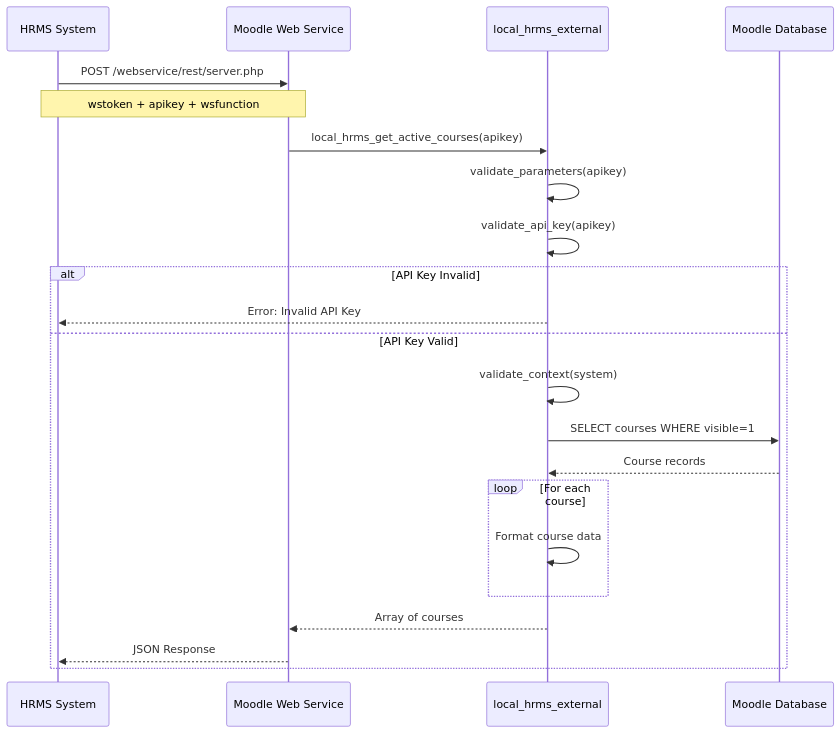
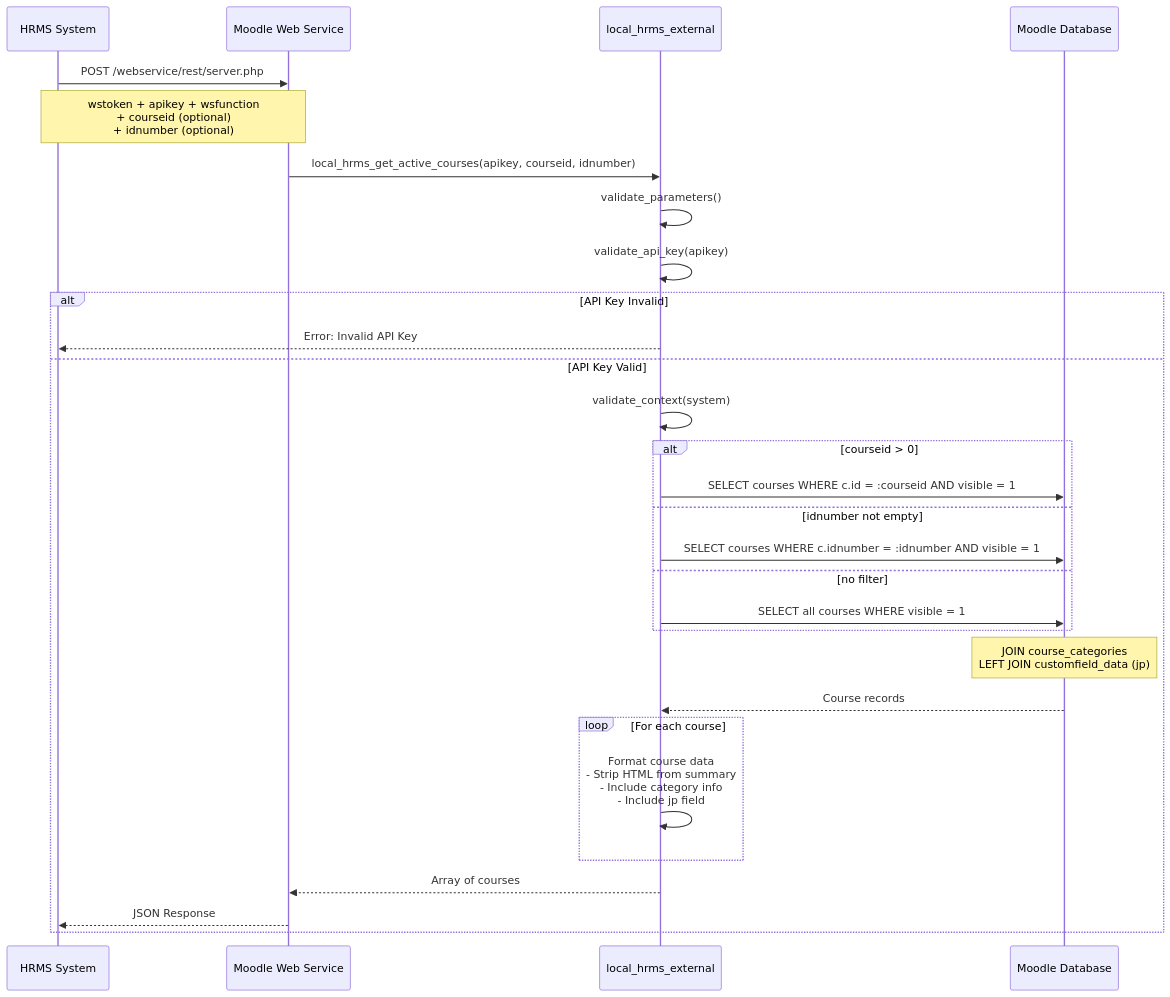
The second of 21 diagrams in DIAGRAMS.md (toosa/moodle-hrms), drawn with Mermaid before and after one commit. The commit also changed other lines of this file and 1 other file, not shown here.

First line of the commit message:
Refactor and expand sequence diagrams in DIAGRAMS.md

````diff
--- a/DIAGRAMS.md
+++ b/DIAGRAMS.md
@@ -65,30 +69,39 @@
 ```mermaid
 sequenceDiagram
     participant HRMS as HRMS System
     participant WS as Moodle Web Service
     participant API as local_hrms_external
     participant DB as Moodle Database
     
     HRMS->>WS: POST /webservice/rest/server.php
-    Note over HRMS,WS: wstoken + apikey + wsfunction
+    Note over HRMS,WS: wstoken + apikey + wsfunction<br/>+ courseid (optional)<br/>+ idnumber (optional)
     
-    WS->>API: local_hrms_get_active_courses(apikey)
+    WS->>API: local_hrms_get_active_courses(apikey, courseid, idnumber)
     
-    API->>API: validate_parameters(apikey)
+    API->>API: validate_parameters()
     API->>API: validate_api_key(apikey)
     
     alt API Key Invalid
         API-->>HRMS: Error: Invalid API Key
     else API Key Valid
         API->>API: validate_context(system)
-        API->>DB: SELECT courses WHERE visible=1
+        
+        alt courseid > 0
+            API->>DB: SELECT courses WHERE c.id = :courseid AND visible = 1
+        else idnumber not empty
+            API->>DB: SELECT courses WHERE c.idnumber = :idnumber AND visible = 1
+        else no filter
+            API->>DB: SELECT all courses WHERE visible = 1
+        end
+        
+        Note over DB: JOIN course_categories<br/>LEFT JOIN customfield_data (jp)
         DB-->>API: Course records
         
         loop For each course
-            API->>API: Format course data
+            API->>API: Format course data<br/>- Strip HTML from summary<br/>- Include category info<br/>- Include jp field
         end
         
         API-->>WS: Array of courses
         WS-->>HRMS: JSON Response
     end
 ```
````
